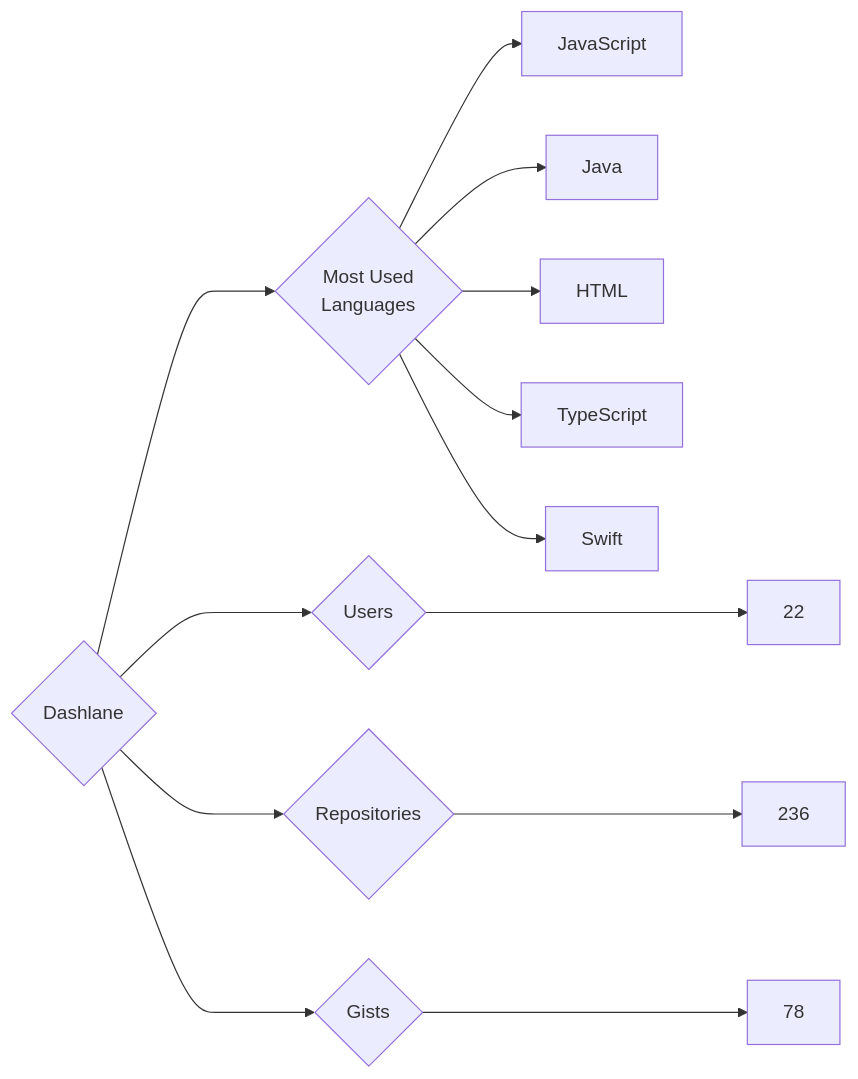
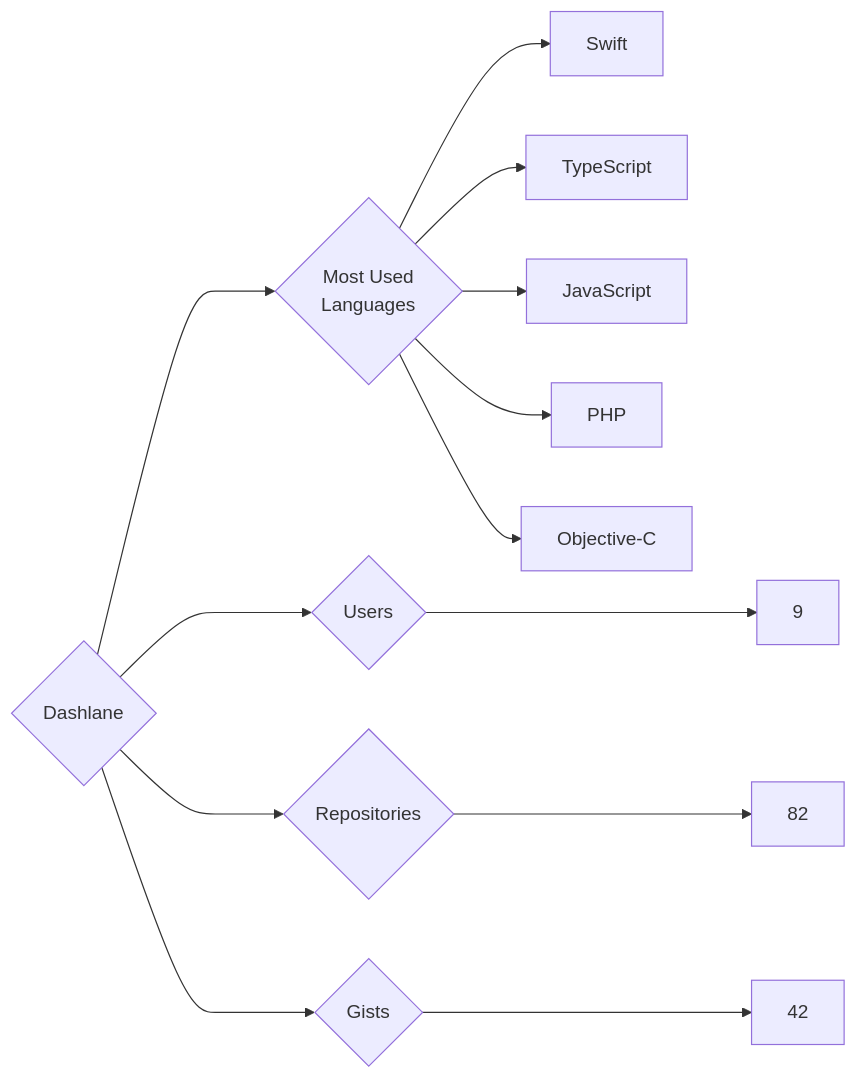
The diagram in targets/Dashlane/README.md (trickest/insiders), drawn with Mermaid before and after one commit. The commit also changed 723 other files, not shown here.

````diff
--- a/targets/Dashlane/README.md
+++ b/targets/Dashlane/README.md
@@ -3,13 +3,13 @@
 ```mermaid
 graph LR
 COMPANY_NAME{Dashlane}
-COMPANY_NAME ---> U{Users} ---> UN[22]
-COMPANY_NAME ---> R{Repositories} ---> RN[236]
-COMPANY_NAME ---> G{Gists} ---> GN[78]
+COMPANY_NAME ---> U{Users} ---> UN[9]
+COMPANY_NAME ---> R{Repositories} ---> RN[82]
+COMPANY_NAME ---> G{Gists} ---> GN[42]
 COMPANY_NAME ---> ML{Most Used<br>Languages}
+ML --> Swift[Swift]
+ML --> TypeScript[TypeScript]
 ML --> JavaScript[JavaScript]
-ML --> Java[Java]
-ML --> HTML[HTML]
-ML --> TypeScript[TypeScript]
-ML --> Swift[Swift]
+ML --> PHP[PHP]
+ML --> Objective-C[Objective-C]
 ```
````
